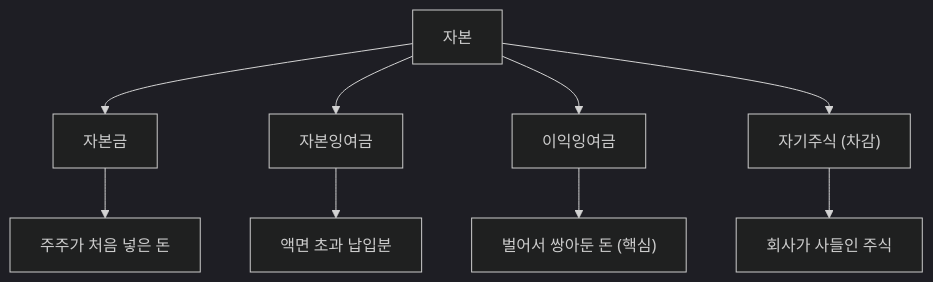
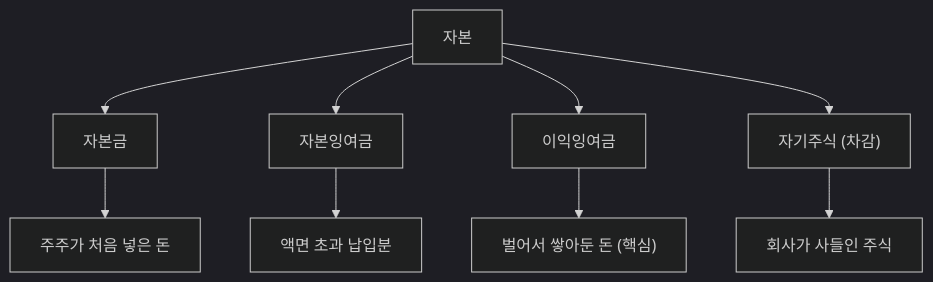
The diagram in content/stock-terms/ko/level-03-financial-statements/equity.md (yeongseon/stock-visual-note), drawn with Mermaid (dark theme) before and after one commit. The commit also changed other lines of this file and 108 other files, not shown here.

````diff
--- a/content/stock-terms/ko/level-03-financial-statements/equity.md
+++ b/content/stock-terms/ko/level-03-financial-statements/equity.md
@@ -39,12 +39,12 @@
 ```mermaid
 graph TD
     A["자본"]
     A --> B["자본금"]
     A --> C["자본잉여금"]
     A --> D["이익잉여금"]
     A --> E["자기주식 (차감)"]
     B --> F["주주가 처음 넣은 돈"]
     C --> G["액면 초과 납입분"]
-    D --> H["벌어서 쌍아둔 돈 (핵심)"]
+    D --> H["벌어서 쌓아둔 돈 (핵심)"]
     E --> I["회사가 사들인 주식"]
 ```
````
